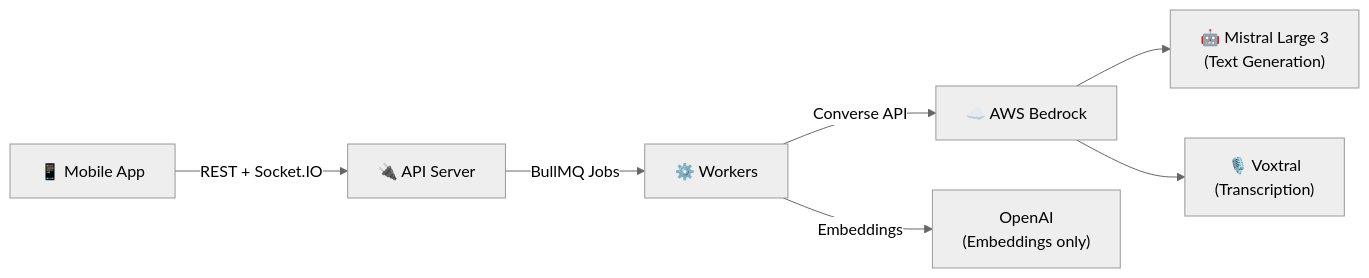
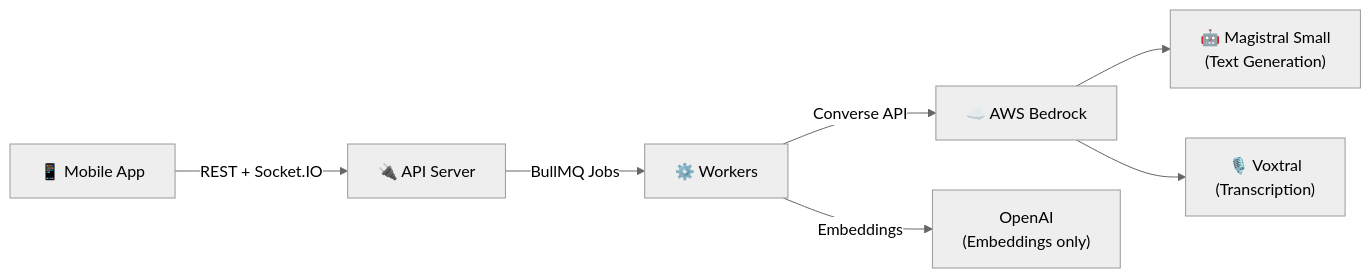
One commit to Hamza-Rivon/webl-hackathon changed the diagram in apps/mobile/OVERVIEW.md. Above: the diagram before and after it, drawn with Mermaid (neutral theme). The commit also changed other lines of this file and 82 other files, not shown here.

Commit message:
Update architecture documentation to reflect changes in AI model usages. Introduce PITCH.md for project overview and objectives, detailing the AI video editing platform's capabilities and workflow.

````diff
--- a/apps/mobile/OVERVIEW.md
+++ b/apps/mobile/OVERVIEW.md
@@ -197,9 +197,9 @@
 ```mermaid
 flowchart LR
     Mobile["📱 Mobile App"] -->|REST + Socket.IO| API["🔌 API Server"]
     API -->|BullMQ Jobs| Workers["⚙️ Workers"]
     Workers -->|Converse API| Bedrock["☁️ AWS Bedrock"]
-    Bedrock --> Mistral["🤖 Mistral Large 3\n(Text Generation)"]
+    Bedrock --> Mistral["🤖 Magistral Small\n(Text Generation)"]
     Bedrock --> Voxtral["🎙️ Voxtral\n(Transcription)"]
     Workers -->|Embeddings| OpenAI["OpenAI\n(Embeddings only)"]
 ```
````
